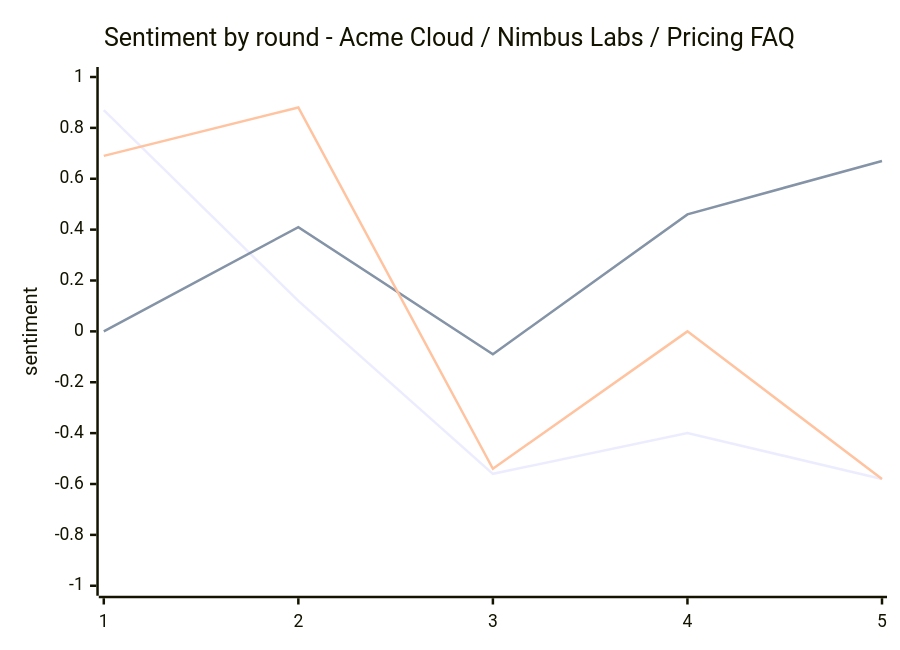
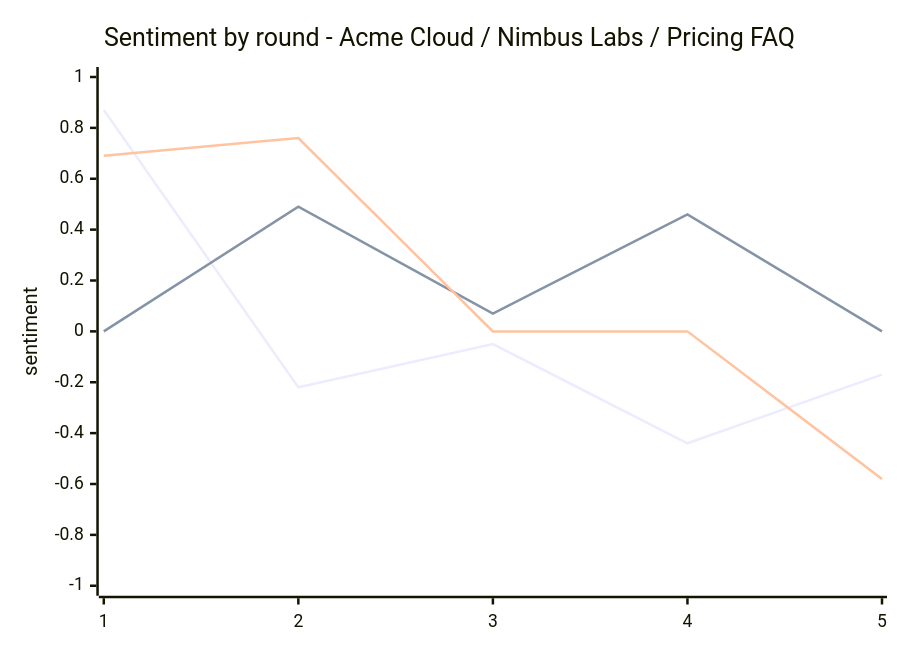
The first of 3 diagrams in murmur-demo/.murmur/reports/pricing-reaction/report-1.md (Ratz00007/murmur-mcp), drawn with Mermaid before and after one commit. The commit also changed other lines of this file and 16 other files, not shown here.

````diff
--- a/murmur-demo/.murmur/reports/pricing-reaction/report-1.md
+++ b/murmur-demo/.murmur/reports/pricing-reaction/report-1.md
@@ -73,9 +73,9 @@
 ```mermaid
 xychart-beta
     title "Sentiment by round - Acme Cloud / Nimbus Labs / Pricing FAQ"
     x-axis [1, 2, 3, 4, 5]
     y-axis "sentiment" -1 --> 1
-    line [0.87, 0.12, -0.56, -0.40, -0.58]
-    line [0.00, 0.41, -0.09, 0.46, 0.67]
-    line [0.69, 0.88, -0.54, 0, -0.58]
+    line [0.87, -0.22, -0.05, -0.44, -0.17]
+    line [0.00, 0.49, 0.07, 0.46, 0]
+    line [0.69, 0.76, 0, 0, -0.58]
 ```
````
